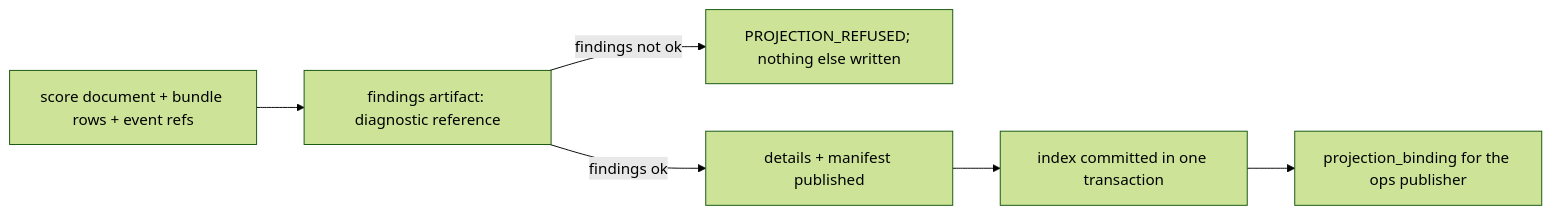
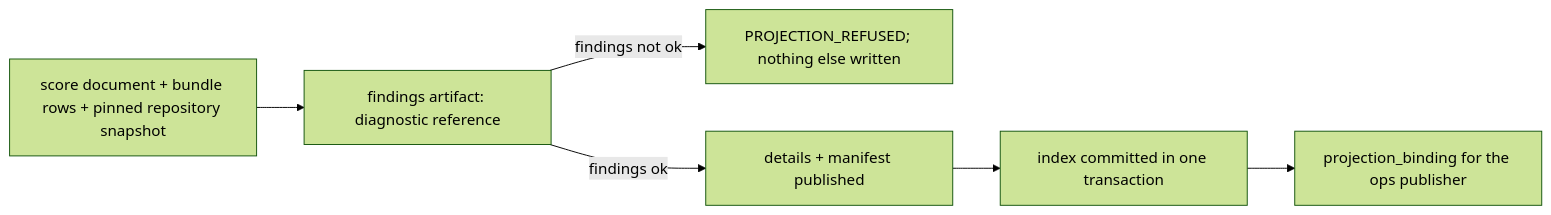
One commit to yshewchuk/investment-validation changed the second of 2 diagrams in engine/v2/serving/ARCHITECTURE.md. Above: the diagram before and after it, drawn with Mermaid (forest theme). The commit also changed other lines of this file, not shown here.

First line of the commit message:
docs(serving): show snapshot as publication input and complete the listener surface (#190)

````diff
--- a/engine/v2/serving/ARCHITECTURE.md
+++ b/engine/v2/serving/ARCHITECTURE.md
@@ -57,8 +57,8 @@
 ```mermaid
 flowchart LR
-  In[score document + bundle rows + event refs] --> Findings[findings artifact: diagnostic reference]
+  In[score document + bundle rows + pinned repository snapshot] --> Findings[findings artifact: diagnostic reference]
   Findings -->|findings not ok| Refused[PROJECTION_REFUSED; nothing else written]
   Findings -->|findings ok| Publish[details + manifest published]
   Publish --> Commit[index committed in one transaction]
   Commit --> Binding[projection_binding for the ops publisher]
 ```
````
